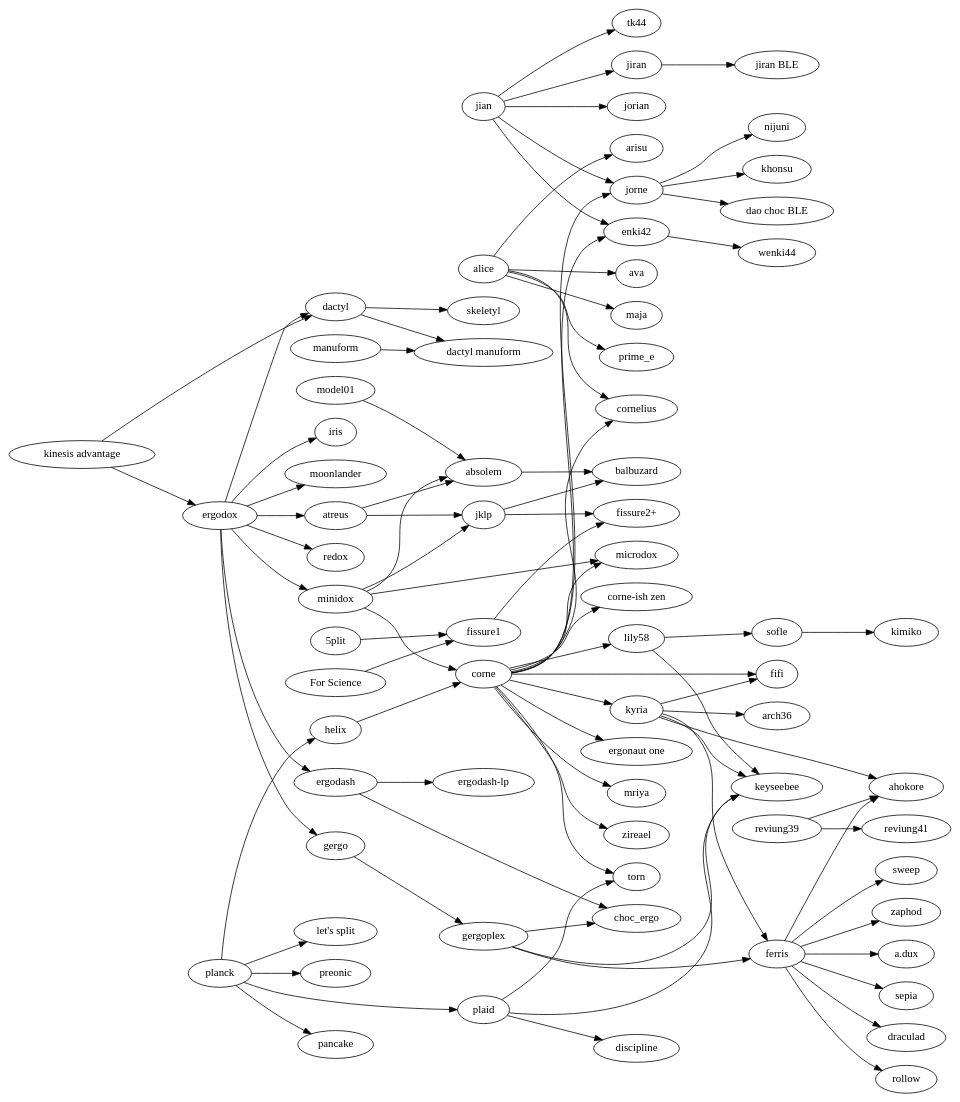
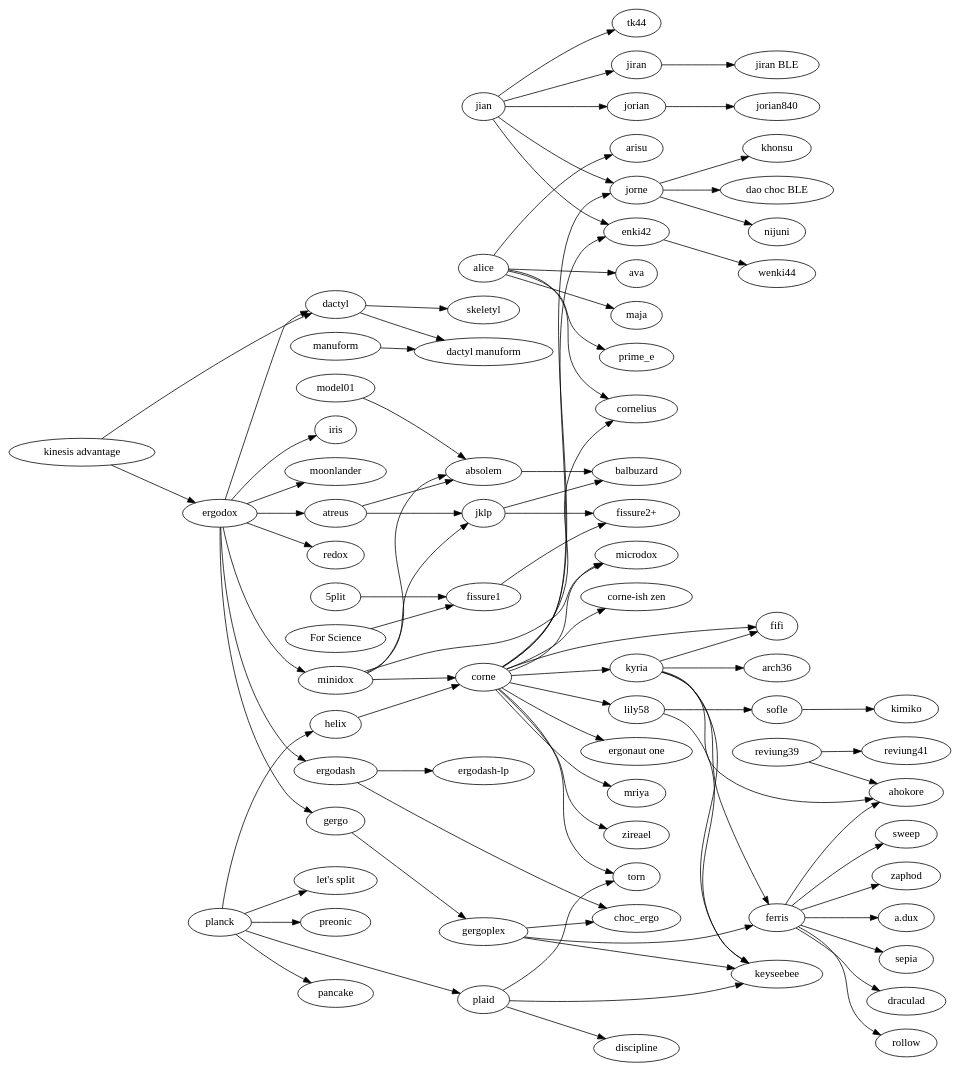
One commit to joric/graph changed the diagram in tree.gv. Above: the diagram before and after it, drawn with Graphviz.

```diff
--- a/tree.gv
+++ b/tree.gv
@@ -1,154 +1,155 @@
 digraph {
   rankdir=LR;
 
   subgraph splits {
     helix -> corne;
     enki42->wenki44;
     jiran->"jiran BLE";
+    jorian->jorian840;
 
     jian -> {
       jorian;
       jorne;
       jiran;
       enki42;
       tk44;
     }
 
     jorne -> {
       nijuni;
       khonsu;
       "dao choc BLE";
     }
 
     corne -> {
       "corne-ish zen";
       cornelius;
       fifi;
       kyria;
       lily58;
       microdox;
       torn;
       jorne;
       "ergonaut one";
       mriya;
       zireael;
       enki42;
     };
 
     lily58 -> {
       keyseebee;
       sofle;
     };
 
     kyria -> {
         ahokore;
         arch36;
         ferris;
         fifi;
         keyseebee;
     };
 
     "kinesis advantage" -> {
       ergodox;
       dactyl;
     };
 
     ergodox -> {
       atreus;
       dactyl;
       ergodash;
       gergo;
       iris;
       minidox;
       moonlander;
       redox;
     };
 
     ergodash -> {
       "ergodash-lp";
       choc_ergo;
     };
 
     gergo -> gergoplex;
     gergoplex -> {
       choc_ergo;
       ferris;
       keyseebee;
     };
 
     ferris -> {
       ahokore;
       sepia;
       draculad;
       rollow;
       sweep;
       zaphod;
       "a.dux";
     };
 
     manuform -> "dactyl manuform";
 
     minidox -> {
       absolem;
       corne;
       microdox;
       jklp;
     };
 
     model01 -> {
       absolem;
     };
 
     sofle -> kimiko;
 
     "5plit" -> "fissure1";
     "For Science" -> "fissure1";
     fissure1 -> "fissure2+";
     jklp -> "fissure2+";
   }
 
   subgraph unibody {
     atreus -> {
       absolem;
       jklp;
     };
     jklp -> balbuzard;
     absolem -> balbuzard;
     reviung39 -> {
       ahokore;
       reviung41;
     };
   };
 
   subgraph ortholinear {
     plaid -> {
       discipline;
       keyseebee;
       torn;
     };
     planck -> {
       helix;
       "let's split";
       plaid;
       preonic;
       pancake;
     };
   }
 
   subgraph {
     dactyl -> {
       "dactyl manuform";
       skeletyl;
     }
   }
 
   subgraph alicefamily {
     alice -> {
       arisu;
       ava;
       cornelius;
       maja;
       prime_e;
     }
   }
 }
```
